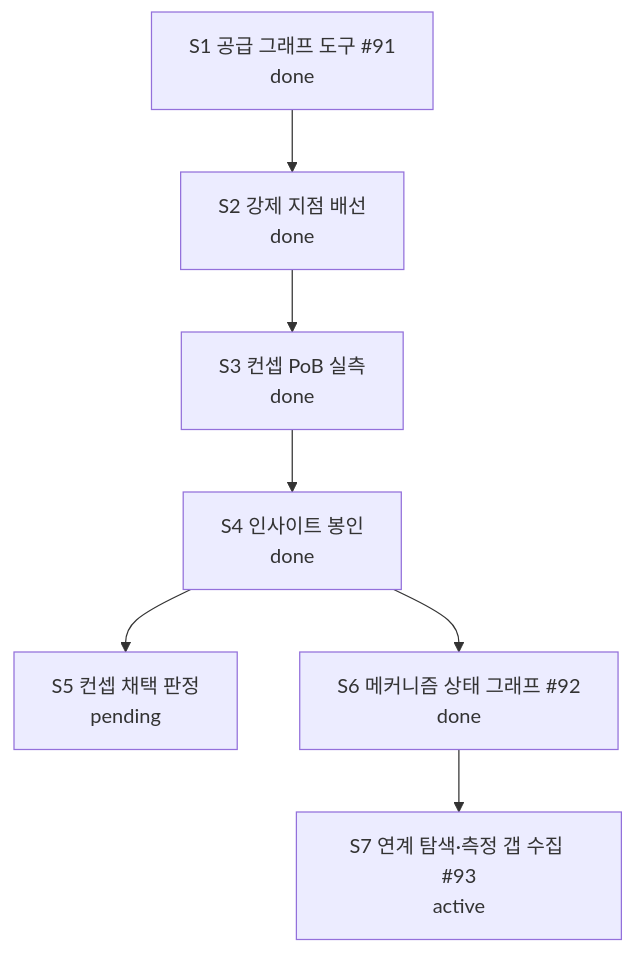
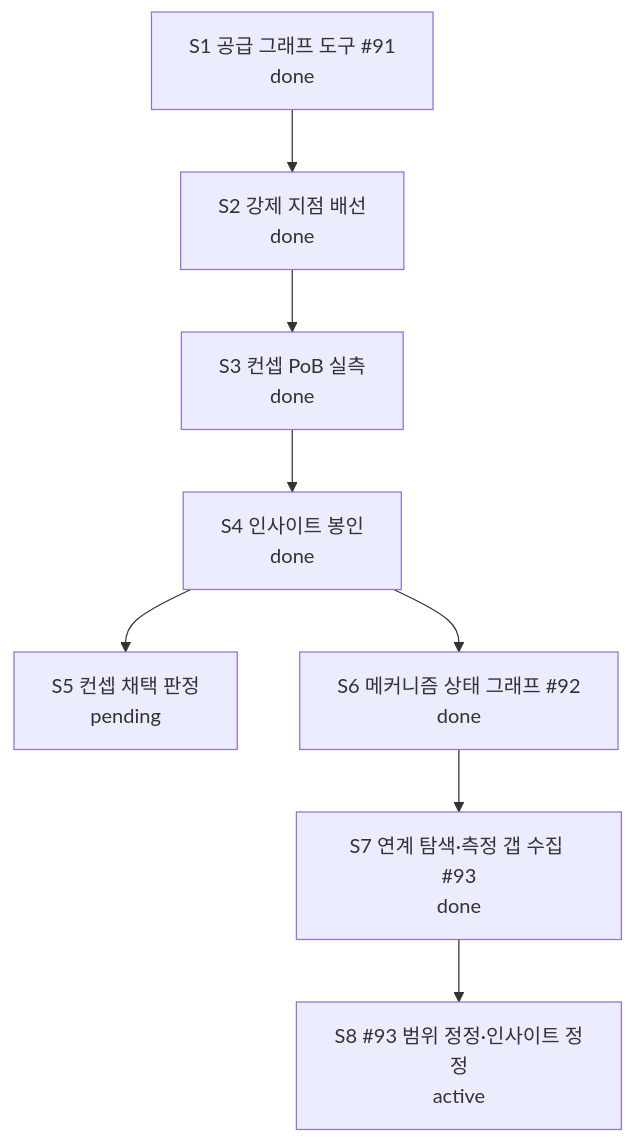
Before and after one commit to skerfolg/poe2-ai-wiki: the diagram in docs/CURRENT-PLAN.md, drawn with Mermaid. The commit also changed other lines of this file and 2 other files, not shown here.

Commit message:
#93 2차 정정 — 개수 배수는 광역 처리량이지 단일 대상 배율이 아니다
사용자 지적 2026-08-21: "몹 하나한테 저 스킬들을 동시에 맞출 수 있는 구조가
아냐. 보수적으로 잡아서 한개만 맞았다고 가정하는게 맞지" — 맞다.

게임 표기(poe2db) 재확인:
- 전도성 룬: 룬 10개가 8.5m 원뿔·폭발 반경 1.4m·밟아야 발동 → 단일 대상 ~1
- 으스스한 기둥: 기둥 8개가 반경 4m·분출 반경 1.2m → ~1
- 루잔의 덫: 룬 8개가 반경 5m·발동 반경 0.8m → ~1
- 원소 작렬: 'Consumes up to 20 Ailments'는 주변 적·아군·시체 합산 상한이며
  poe2db 게임 표기다(PoB 전용 아님). 한 적엔 상태이상 3종이 최대 → <=3

→ PoB의 인스턴스 1개 기준은 단일 대상 DPS로서 보수적이고 옳다. 개수 배수는
광역 처리량이고 계산기가 원래 내지 않는 축이다(결함 아님). #93은 원소 작렬의
per-enemy config 무효 1건으로 축소.

같은 오류가 머지된 인사이트에도 있어 함께 정정:
- 제목 'PoB가 실력의 1/10만 보여주는 스킬' -> '배율 계보가 순수 공격인 스킬'
- 해당 절을 정정 사유·교훈과 함께 재작성 (중복 제목도 정리)

§3 검증으로 뒤집힌 보고에 1차·2차 모두 등재(16 -> 17건). 두 오판의 공통 원인은
engine_stats 숫자만 보고 게임 텍스트를 안 읽은 것, 그리고 대화에서 합의한
전제를 문서로 옮기며 되돌린 것.

````diff
--- a/docs/CURRENT-PLAN.md
+++ b/docs/CURRENT-PLAN.md
@@ -22,12 +22,13 @@
 ```mermaid
 flowchart TD
   TOOL["S1 공급 그래프 도구 #91<br/>done"]
   WIRE["S2 강제 지점 배선<br/>done"]
   MEASURE["S3 컨셉 PoB 실측<br/>done"]
   SEAL["S4 인사이트 봉인<br/>done"]
   VERDICT["S5 컨셉 채택 판정<br/>pending"]
   MECH["S6 메커니즘 상태 그래프 #92<br/>done"]
-  GAPS["S7 연계 탐색·측정 갭 수집 #93<br/>active"]
+  GAPS["S7 연계 탐색·측정 갭 수집 #93<br/>done"]
+  FIX["S8 #93 범위 정정·인사이트 정정<br/>active"]
   TOOL --> WIRE --> MEASURE --> SEAL --> VERDICT
-  SEAL --> MECH --> GAPS
+  SEAL --> MECH --> GAPS --> FIX
 ```
````
